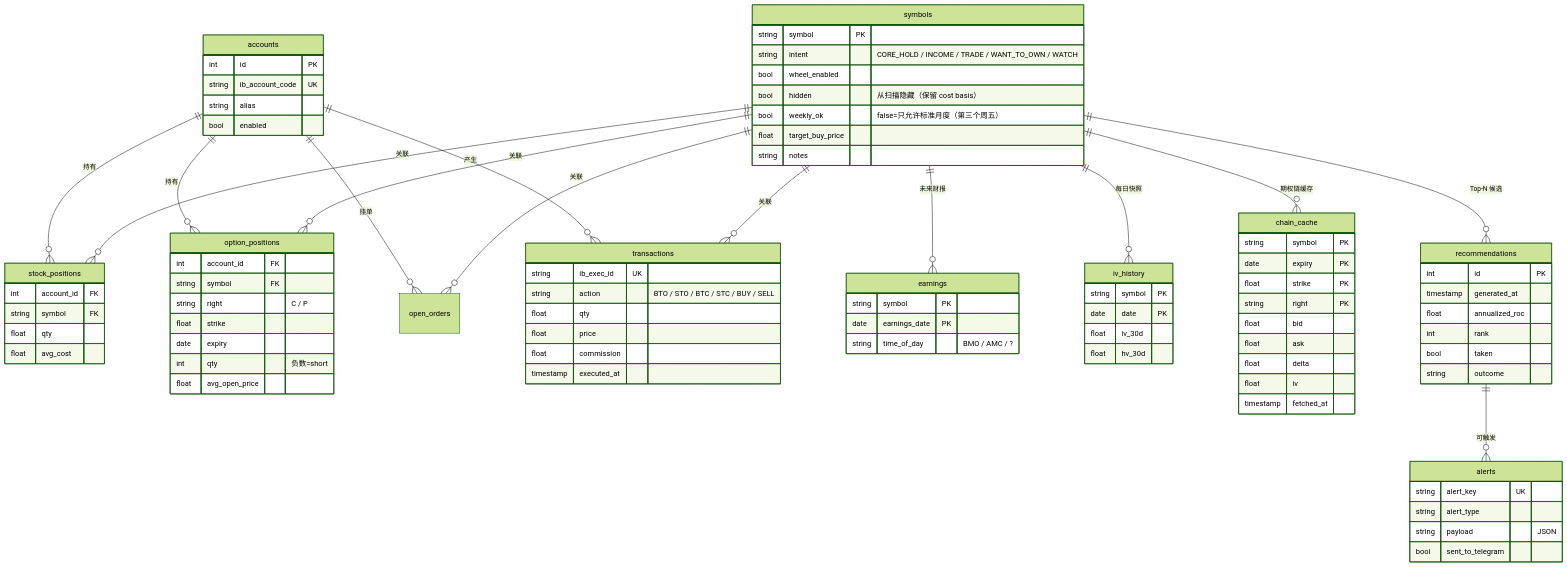
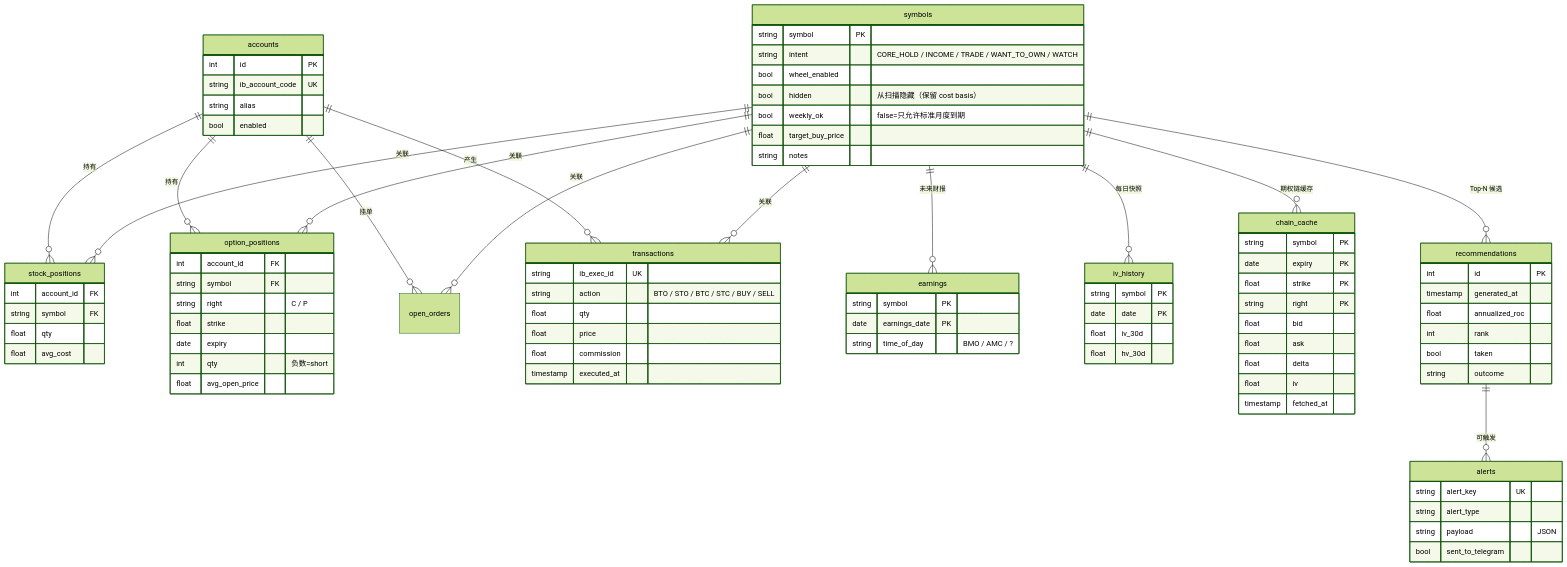
The first of 2 diagrams in docs/SCHEMA.md (szkangjian/Option), drawn with Mermaid (forest theme) before and after one commit. The commit also changed other lines of this file and 19 other files, not shown here.

```diff
--- a/docs/SCHEMA.md
+++ b/docs/SCHEMA.md
@@ -31,7 +31,7 @@
         string intent "CORE_HOLD / INCOME / TRADE / WANT_TO_OWN / WATCH"
         bool wheel_enabled
         bool hidden "从扫描隐藏（保留 cost basis）"
-        bool weekly_ok "false=只允许标准月度（第三个周五）"
+        bool weekly_ok "false=只允许标准月度到期"
         float target_buy_price
         string notes
     }
```
